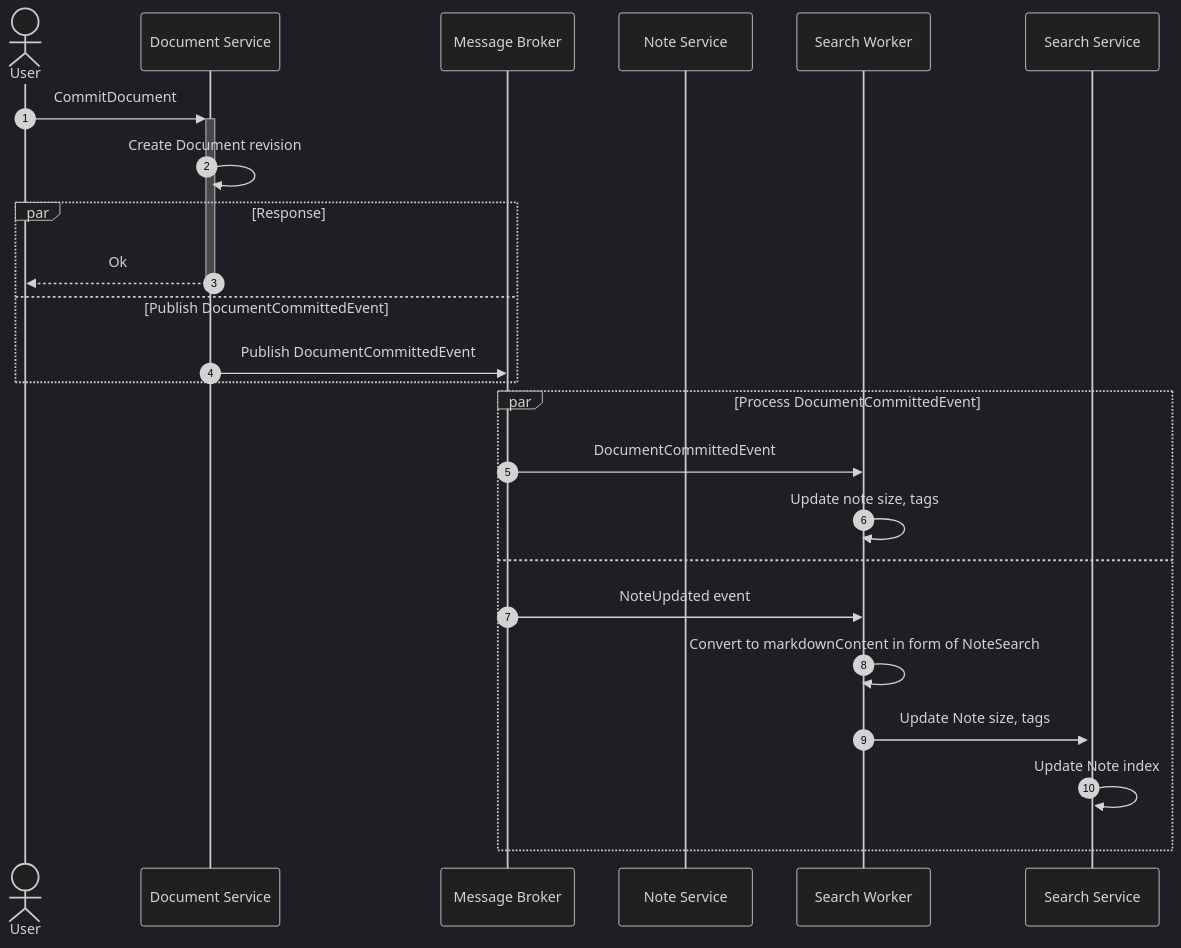
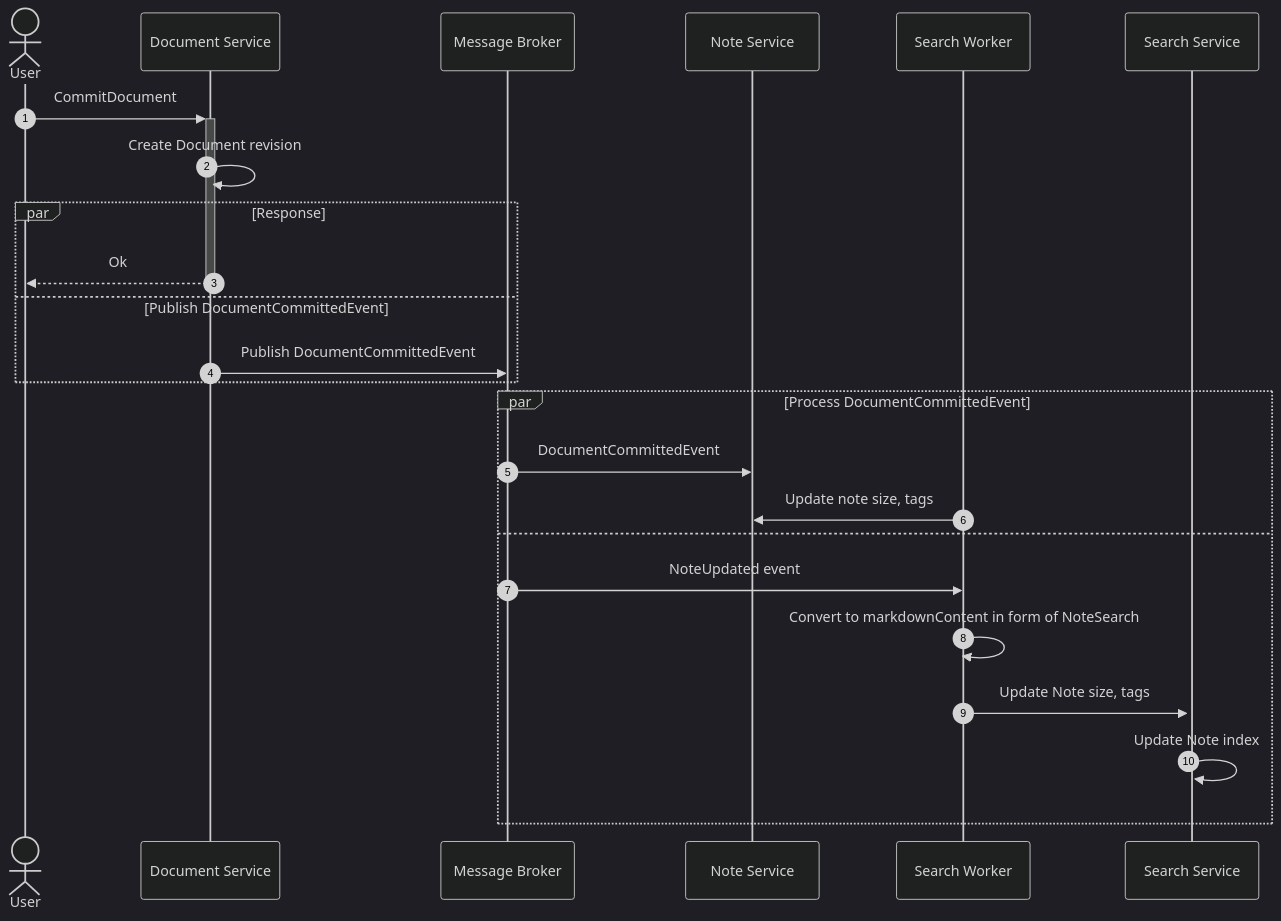
One commit to notopia-uit/notopia changed the third of 5 diagrams in docs/src/references/sequence/note.md. Above: the diagram before and after it, drawn with Mermaid (dark theme). The commit also changed other lines of this file and 17 other files, not shown here.

````diff
--- a/docs/src/references/sequence/note.md
+++ b/docs/src/references/sequence/note.md
@@ -83,28 +83,28 @@
 ```mermaid
 sequenceDiagram
     autonumber
 
     actor U as User
     participant DS as Document Service
     participant MB as Message Broker
     participant NS as Note Service
     participant SW as Search Worker
     participant SS as Search Service
 
     U->>+DS: CommitDocument
     DS->>DS: Create Document revision
     par Response
         DS-->>-U: Ok
     and Publish DocumentCommittedEvent
         DS->>MB: Publish DocumentCommittedEvent
     end
     par Process DocumentCommittedEvent
-        MB->>SW: DocumentCommittedEvent
-        SW->>SW: Update note size, tags
+        MB->>NS: DocumentCommittedEvent
+        SW->>NS: Update note size, tags
     and
         MB->>SW: NoteUpdated event
         SW->>SW: Convert to markdownContent in form of NoteSearch
         SW->>+SS: Update Note size, tags
         SS->>SS: Update Note index
     end
 ```
````
